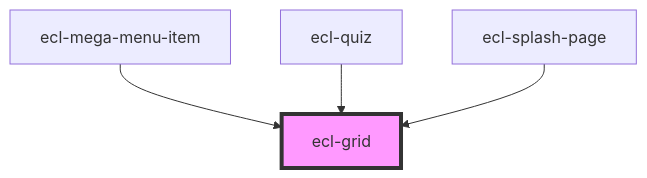
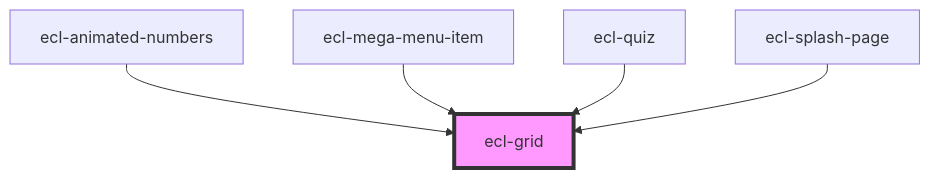
Before and after one commit to ec-europa/ecl-webcomponents: the diagram in src/components/ecl-grid/readme.md, drawn with Mermaid. The commit also changed other lines of this file and 15 other files, not shown here.

Commit message:
feat(components): Adding animated numbers - FRONT-5282

````diff
--- a/src/components/ecl-grid/readme.md
+++ b/src/components/ecl-grid/readme.md
@@ -29,7 +30,8 @@
 ```mermaid
 graph TD;
+  ecl-animated-numbers --> ecl-grid
   ecl-mega-menu-item --> ecl-grid
   ecl-quiz --> ecl-grid
   ecl-splash-page --> ecl-grid
   style ecl-grid fill:#f9f,stroke:#333,stroke-width:4px
 ```
````
